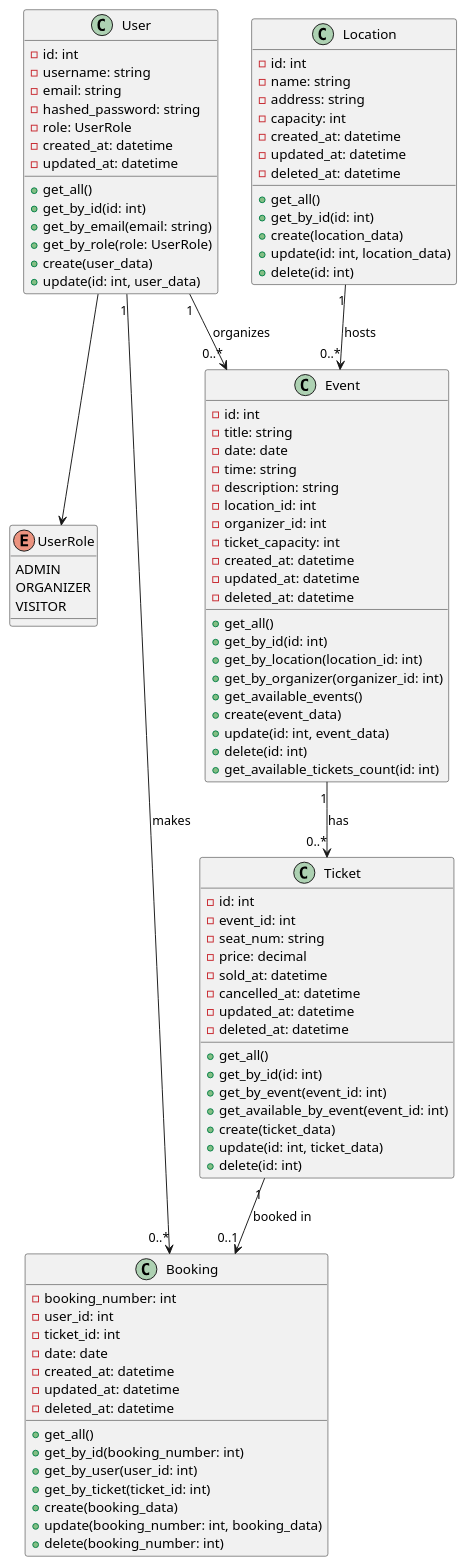
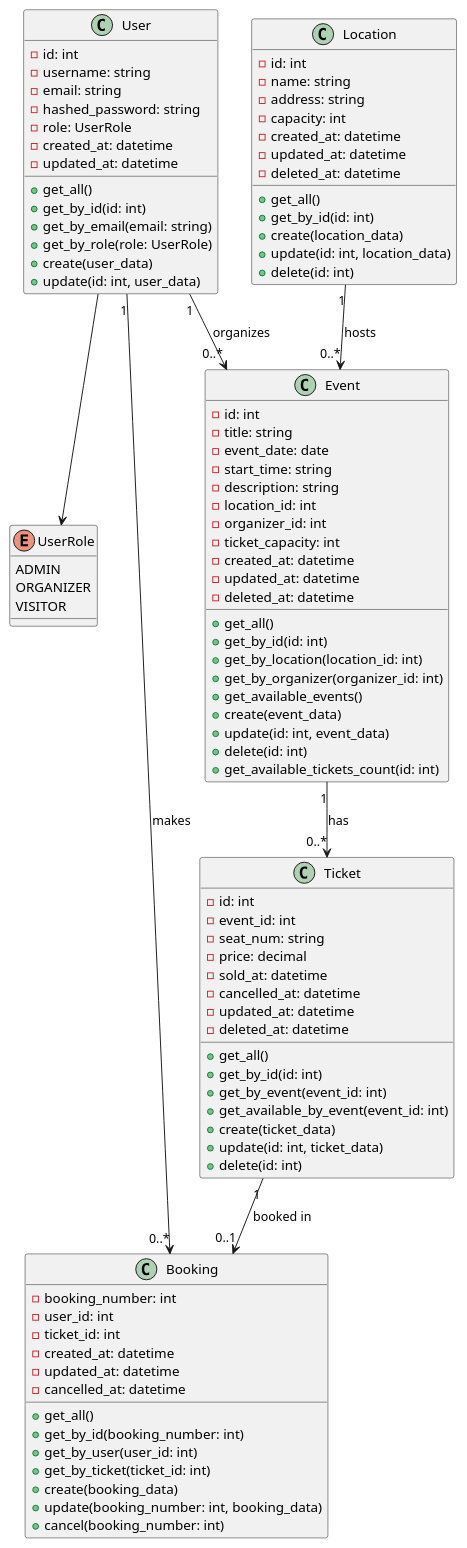
The second of 2 diagrams in backend/app/uml.md (JulianBierbaum/docker-fullstack-filtered), drawn with PlantUML before and after one commit. The commit also changed other lines of this file and 8 other files, not shown here.

Commit message:
added schemas, model updates

```diff
--- a/backend/app/uml.md
+++ b/backend/app/uml.md
@@ -119,8 +118,8 @@
 class Event {
   - id: int
   - title: string
-  - date: date
-  - time: string
+  - event_date: date
+  - start_time: string
   - description: string
   - location_id: int
   - organizer_id: int
@@ -163,10 +162,9 @@
   - booking_number: int
   - user_id: int
   - ticket_id: int
-  - date: date
   - created_at: datetime
   - updated_at: datetime
-  - deleted_at: datetime
+  - cancelled_at: datetime
 
   + get_all()
   + get_by_id(booking_number: int)
@@ -174,7 +172,7 @@
   + get_by_ticket(ticket_id: int)
   + create(booking_data)
   + update(booking_number: int, booking_data)
-  + delete(booking_number: int)
+  + cancel(booking_number: int)
 }
 
 User "1" --> "0..*" Event : organizes
```
